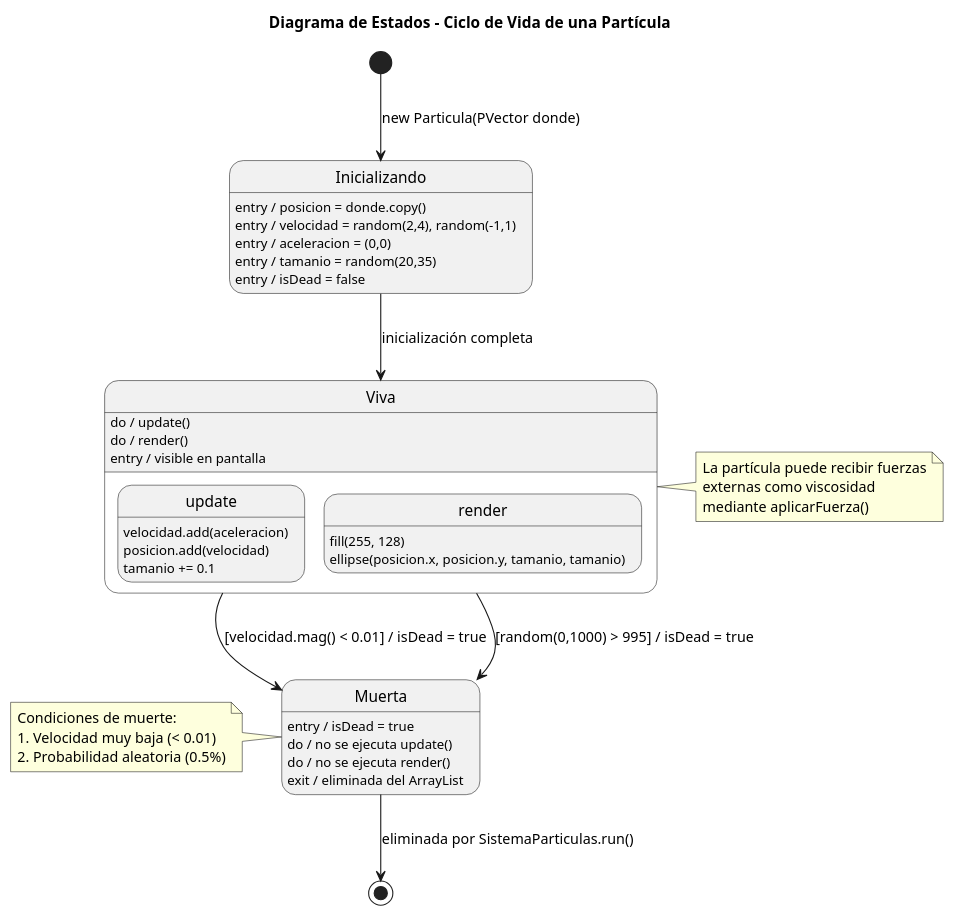
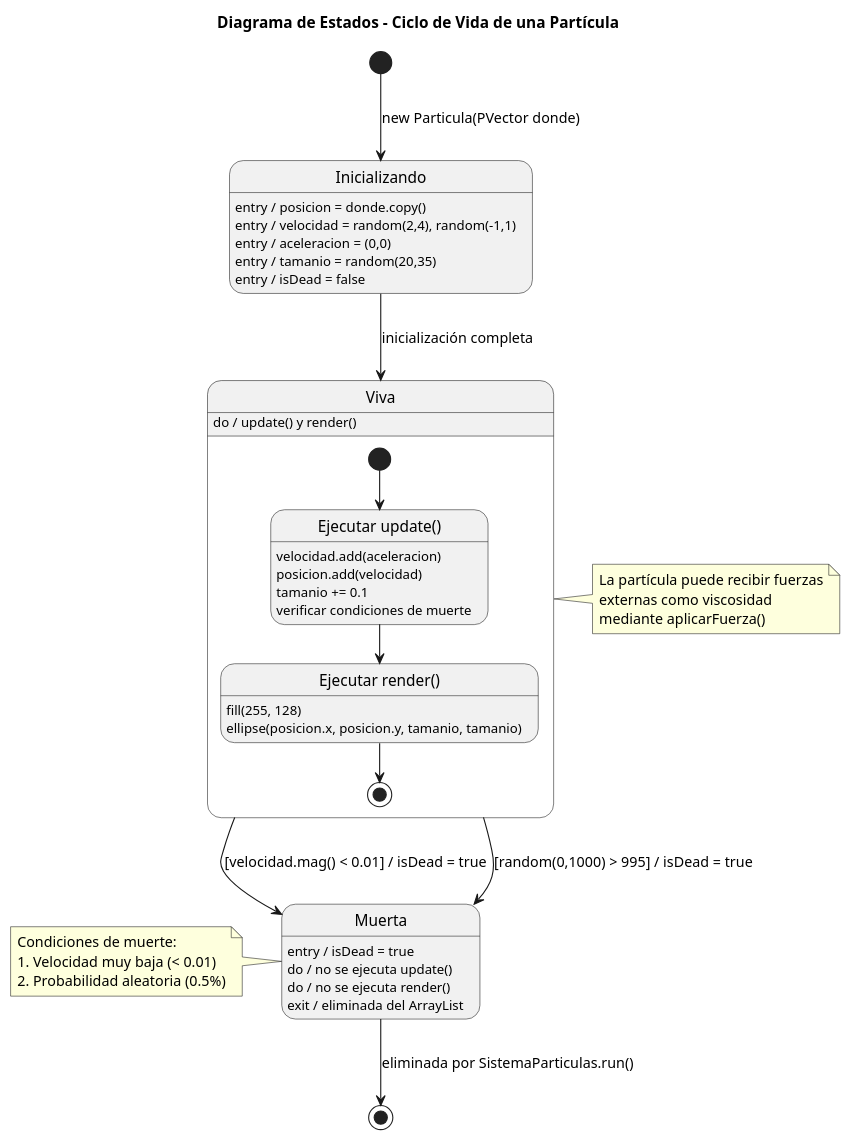
Before and after one commit to uma-dte-docencia/burbujas: the diagram in doc/state_diagram.puml, drawn with PlantUML.

Commit message:
segunda version diagrama de estados

```diff
--- a/doc/state_diagram.puml
+++ b/doc/state_diagram.puml
@@ -1,58 +1,61 @@
 @startuml state_diagram
 
 title Diagrama de Estados - Ciclo de Vida de una Partícula
 
 [*] --> Inicializando : new Particula(PVector donde)
 
 state Inicializando {
   Inicializando : entry / posicion = donde.copy()
   Inicializando : entry / velocidad = random(2,4), random(-1,1)
   Inicializando : entry / aceleracion = (0,0)
   Inicializando : entry / tamanio = random(20,35)
   Inicializando : entry / isDead = false
 }
 
 Inicializando --> Viva : inicialización completa
 
 state Viva {
-  Viva : do / update()
-  Viva : do / render()
-  Viva : entry / visible en pantalla
+  Viva : do / update() y render()
   
-  state update {
-    update : velocidad.add(aceleracion)
-    update : posicion.add(velocidad)
-    update : tamanio += 0.1
+  state "Ejecutar update()" as update_activity {
+    update_activity : velocidad.add(aceleracion)
+    update_activity : posicion.add(velocidad)
+    update_activity : tamanio += 0.1
+    update_activity : verificar condiciones de muerte
   }
   
-  state render {
-    render : fill(255, 128)
-    render : ellipse(posicion.x, posicion.y, tamanio, tamanio)
+  state "Ejecutar render()" as render_activity {
+    render_activity : fill(255, 128)
+    render_activity : ellipse(posicion.x, posicion.y, tamanio, tamanio)
   }
+  
+  [*] --> update_activity
+  update_activity --> render_activity
+  render_activity --> [*]
 }
 
 Viva --> Muerta : [velocidad.mag() < 0.01] / isDead = true
 Viva --> Muerta : [random(0,1000) > 995] / isDead = true
 
 state Muerta {
   Muerta : entry / isDead = true
   Muerta : do / no se ejecuta update()
   Muerta : do / no se ejecuta render()
   Muerta : exit / eliminada del ArrayList
 }
 
 Muerta --> [*] : eliminada por SistemaParticulas.run()
 
 note right of Viva
   La partícula puede recibir fuerzas
   externas como viscosidad
   mediante aplicarFuerza()
 end note
 
 note left of Muerta
   Condiciones de muerte:
   1. Velocidad muy baja (< 0.01)
   2. Probabilidad aleatoria (0.5%)
 end note
 
 @enduml
```
